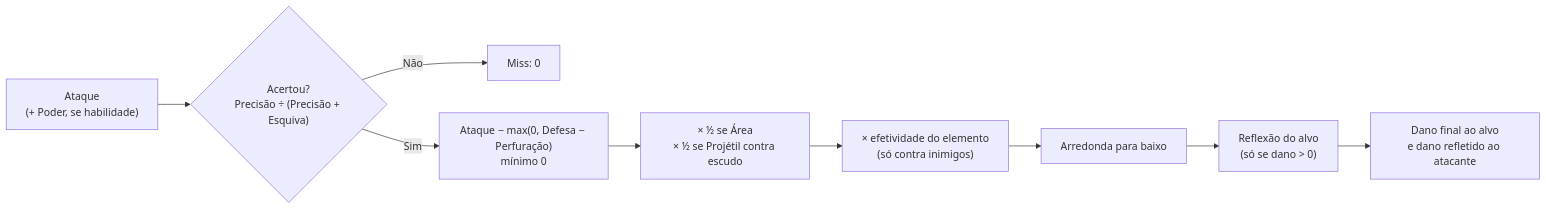
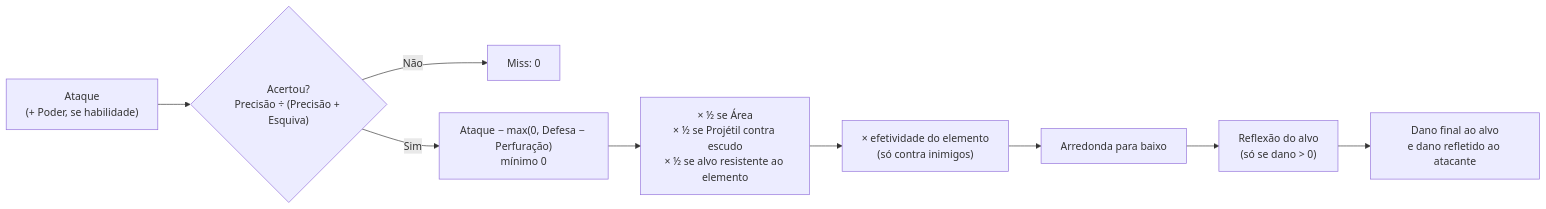
Before and after one commit to frnndog-suav/Misadventure_Frontend_V3: diagram 14 of 17 in docs/README.md, drawn with Mermaid. The commit also changed other lines of this file, not shown here.

````diff
--- a/docs/README.md
+++ b/docs/README.md
@@ -1692,11 +1693,11 @@
 ```mermaid
 flowchart LR
     A["Ataque<br/>(+ Poder, se habilidade)"] --> H{"Acertou?<br/>Precisão ÷ (Precisão + Esquiva)"}
     H -->|Não| M[Miss: 0]
     H -->|Sim| D["Ataque − max(0, Defesa − Perfuração)<br/>mínimo 0"]
-    D --> HF["× ½ se Área<br/>× ½ se Projétil contra escudo"]
+    D --> HF["× ½ se Área<br/>× ½ se Projétil contra escudo<br/>× ½ se alvo resistente ao elemento"]
     HF --> EL["× efetividade do elemento<br/>(só contra inimigos)"]
     EL --> RD[Arredonda para baixo]
     RD --> R["Reflexão do alvo<br/>(só se dano > 0)"]
     R --> F[Dano final ao alvo<br/>e dano refletido ao atacante]
 ```
````
